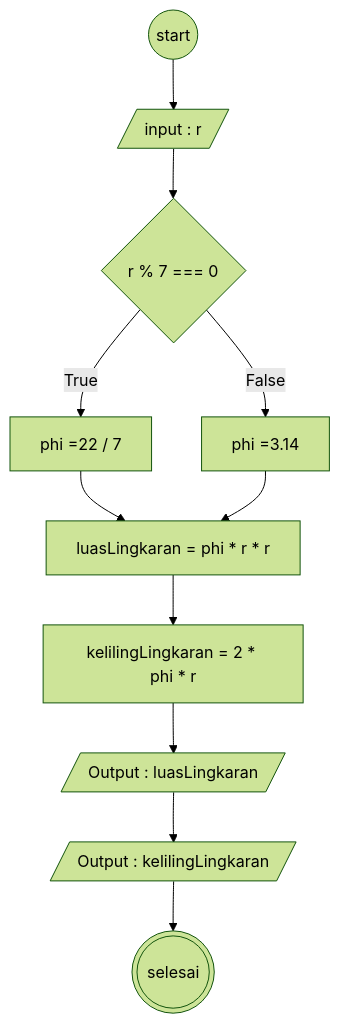
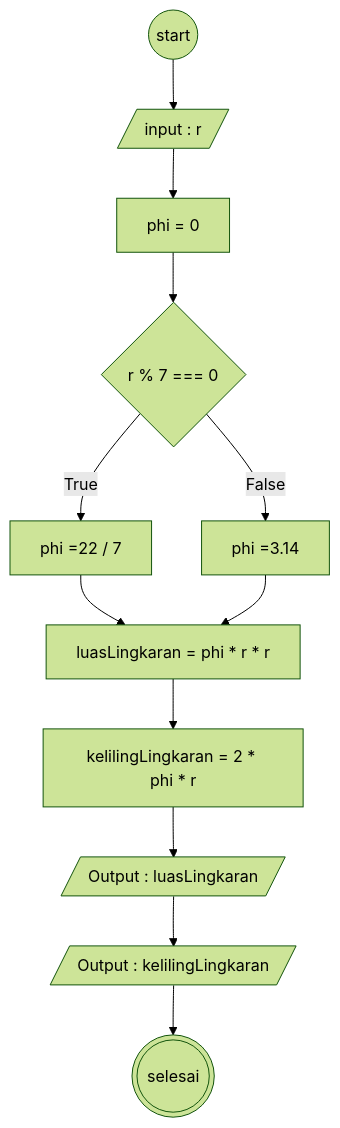
Before and after one commit to adityabastyas/koda-b6-javascript1: the diagram in README.md, drawn with Mermaid (forest theme).

Commit message:
Revise flowchart in README.md
Updated flowchart logic and added a new node.

````diff
--- a/README.md
+++ b/README.md
@@ -7,27 +7,30 @@
 ```mermaid
 flowchart TD
 
   A@{shape: circle, label: "start"}
   B@{shape: lean-r, label: "input : r"}
-  C@{shape: diamond, label: "r % 7 === 0"}
-  D@{shape: rect, label: "phi =22 / 7"}
-  E@{shape: rect, label: "phi =3.14"}
-  F@{shape: rect, label: "luasLingkaran = phi * r * r"}
-  G@{shape: rect, label: "kelilingLingkaran = 2 * phi * r"}
-  H@{shape: lean-r, label: "Output : luasLingkaran"}
-  I@{shape: lean-r, label: "Output : kelilingLingkaran"}
+  C@{shape: rect, label: "phi = 0"}
+  D@{shape: diamond, label: "r % 7 === 0"}
+  E@{shape: rect, label: "phi =22 / 7"}
+  F@{shape: rect, label: "phi =3.14"}
+  G@{shape: rect, label: "luasLingkaran = phi * r * r"}
+  H@{shape: rect, label: "kelilingLingkaran = 2 * phi * r"}
+  I@{shape: lean-r, label: "Output : luasLingkaran"}
+  J@{shape: lean-r, label: "Output : kelilingLingkaran"}
 
- J@{shape: dbl-circ, label: "selesai"}
+ K@{shape: dbl-circ, label: "selesai"}
 
   A --> B
   B --> C
-  C --True--> D
-  C --False--> E
-  D --> F
-  E --> F
+  C --> D
+  D --True--> E
+  D --False-->F
+  E --> G
   F --> G
   G --> H
   H --> I
   I --> J
+  J --> K
+
 
 ```
````
